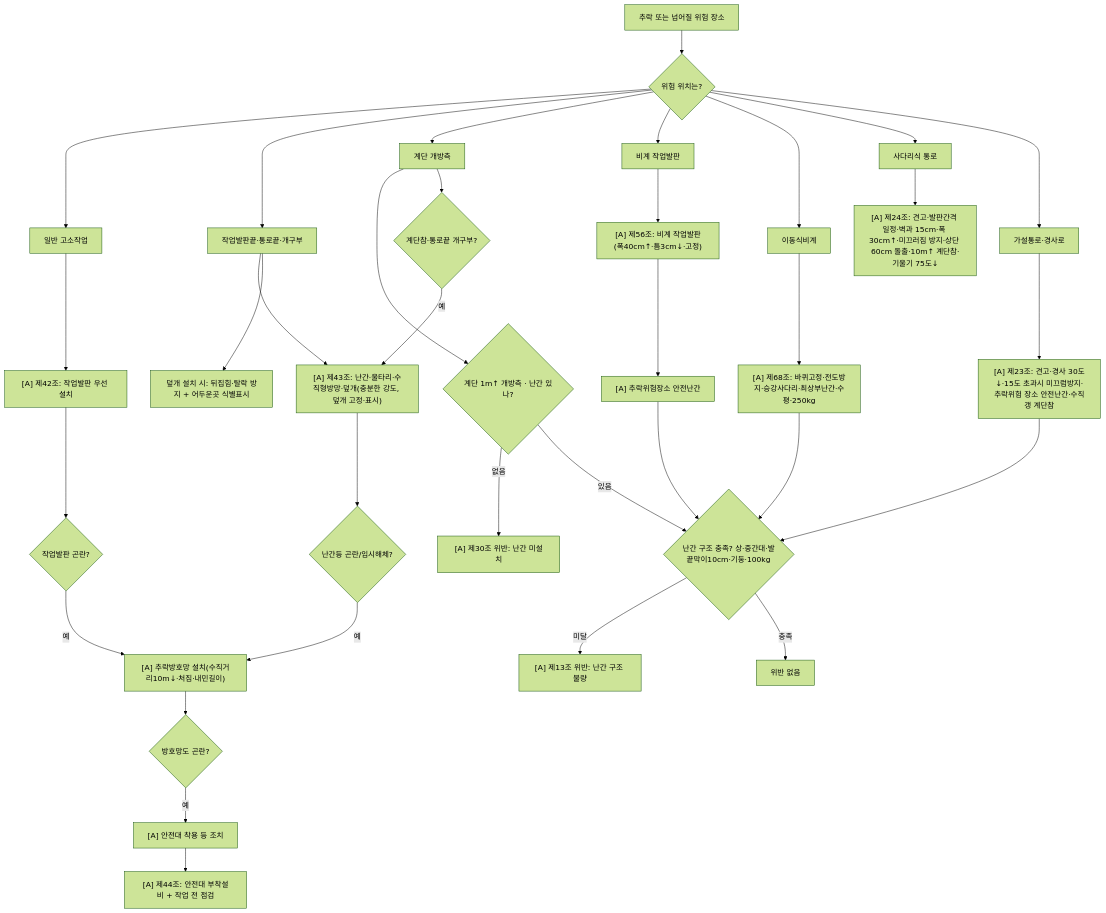
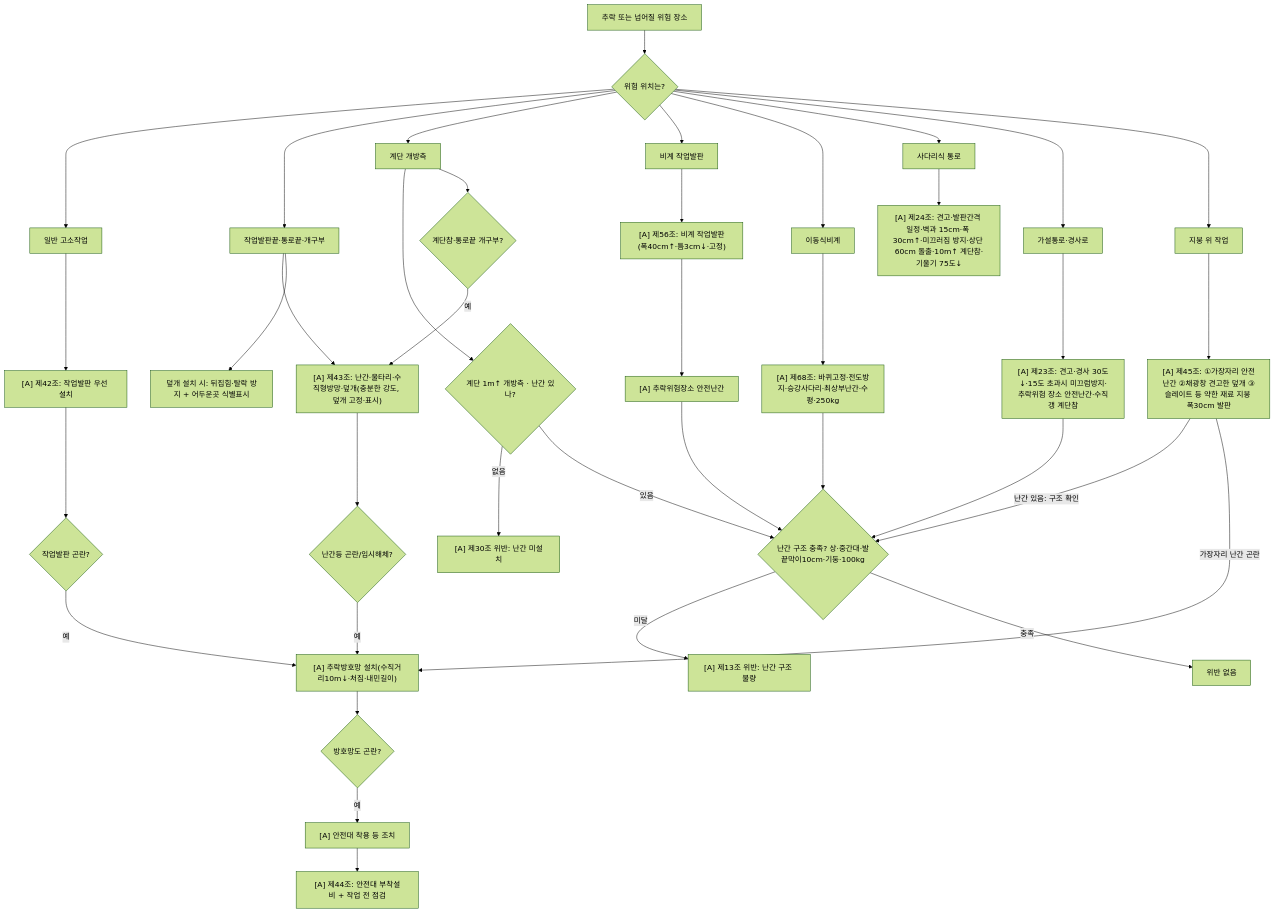
One commit to jinbless/arch-bot changed the diagram in docs/knowledge/감독관-판단기준/H01-추락.md. Above: the diagram before and after it, drawn with Mermaid (forest theme). The commit also changed other lines of this file and 3 other files, not shown here.

````diff
--- a/docs/knowledge/감독관-판단기준/H01-추락.md
+++ b/docs/knowledge/감독관-판단기준/H01-추락.md
@@ -16,42 +16,47 @@
 ```mermaid
 flowchart TD
   A[추락 또는 넘어질 위험 장소] --> B{위험 위치는?}
   B --> C[일반 고소작업]
   B --> D[작업발판끝·통로끝·개구부]
   B --> E[계단 개방측]
   B --> F[비계 작업발판]
   B --> G[이동식비계]
   B --> S[사다리식 통로]
   B --> T[가설통로·경사로]
+  B --> H[지붕 위 작업]
+
+  H --> H1["[A] 제45조: ①가장자리 안전난간 ②채광창 견고한 덮개 ③슬레이트 등 약한 재료 지붕 폭30cm 발판"]
+  H1 -->|난간 있음: 구조 확인| E2Q
+  H1 -->|가장자리 난간 곤란| C3
 
   S --> S1["[A] 제24조: 견고·발판간격 일정·벽과 15cm·폭 30cm↑·미끄러짐 방지·상단 60cm 돌출·10m↑ 계단참·기울기 75도↓"]
   T --> T1["[A] 제23조: 견고·경사 30도↓·15도 초과시 미끄럼방지·추락위험 장소 안전난간·수직갱 계단참"]
   T1 --> E2Q
 
   C --> C1["[A] 제42조: 작업발판 우선 설치"]
   C1 --> C2{작업발판 곤란?}
   C2 -->|예| C3["[A] 추락방호망 설치(수직거리10m↓·처짐·내민길이)"]
   C3 --> C4{방호망도 곤란?}
   C4 -->|예| C5["[A] 안전대 착용 등 조치"]
   C5 --> C6["[A] 제44조: 안전대 부착설비 + 작업 전 점검"]
 
   D --> D1["[A] 제43조: 난간·울타리·수직형방망·덮개(충분한 강도, 덮개 고정·표시)"]
   D1 --> D2{난간등 곤란/임시해체?}
   D2 -->|예| C3
   D --> D5["덮개 설치 시: 뒤집힘·탈락 방지 + 어두운곳 식별표시"]
 
   E --> EQ{"계단 1m↑ 개방측 · 난간 있나?"}
   EQ -->|없음| E1["[A] 제30조 위반: 난간 미설치"]
   EQ -->|있음| E2Q{"난간 구조 충족? 상·중간대·발끝막이10cm·기둥·100kg"}
   E2Q -->|미달| E2["[A] 제13조 위반: 난간 구조 불량"]
   E2Q -->|충족| EOK["위반 없음"]
   E --> E3{계단참·통로끝 개구부?}
   E3 -->|예| D1
 
   F --> F1["[A] 제56조: 비계 작업발판(폭40cm↑·틈3cm↓·고정)"]
   F1 --> F2["[A] 추락위험장소 안전난간"]
   F2 --> E2Q
 
   G --> G1["[A] 제68조: 바퀴고정·전도방지·승강사다리·최상부난간·수평·250kg"]
   G1 --> E2Q
 ```
````
